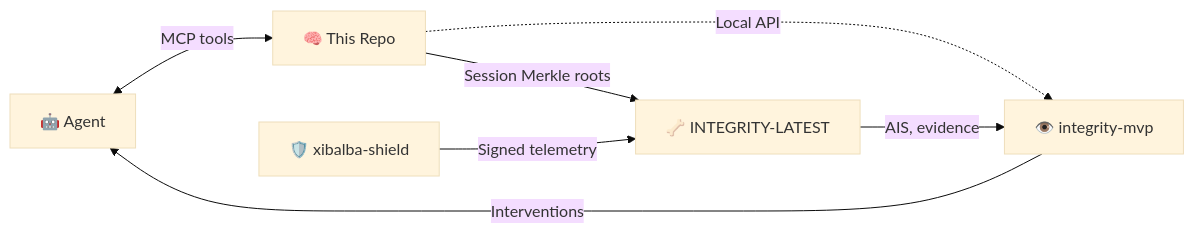
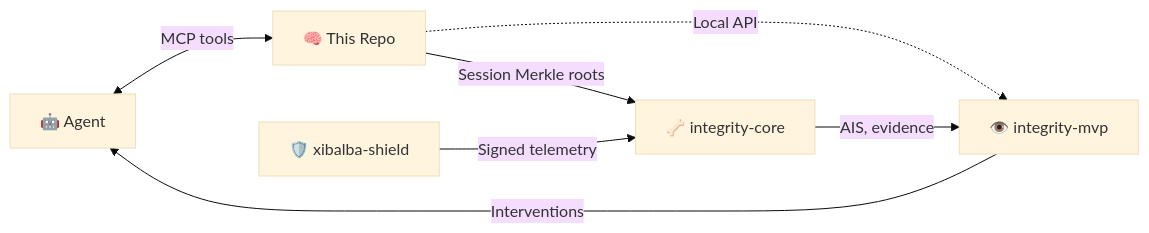
Before and after one commit to XibalbaTechSol/xibalba-cortex: the diagram in SPECIFICATION.md, drawn with Mermaid (base theme). The commit also changed other lines of this file and 12 other files, not shown here.

````diff
--- a/SPECIFICATION.md
+++ b/SPECIFICATION.md
@@ -67,9 +77,9 @@
 ```mermaid
 flowchart LR
     Agent["🤖 Agent"] <-->|"MCP tools"| Brain["🧠 This Repo"]
-    Brain -->|"Session Merkle roots"| Backbone["🦴 INTEGRITY-LATEST"]
+    Brain -->|"Session Merkle roots"| Backbone["🦴 integrity-core"]
     Brain -.->|"Local API"| Eyes["👁️ integrity-mvp"]
     Immune["🛡️ xibalba-shield"] -->|"Signed telemetry"| Backbone
     Backbone -->|"AIS, evidence"| Eyes
     Eyes -->|"Interventions"| Agent
 ```
````
